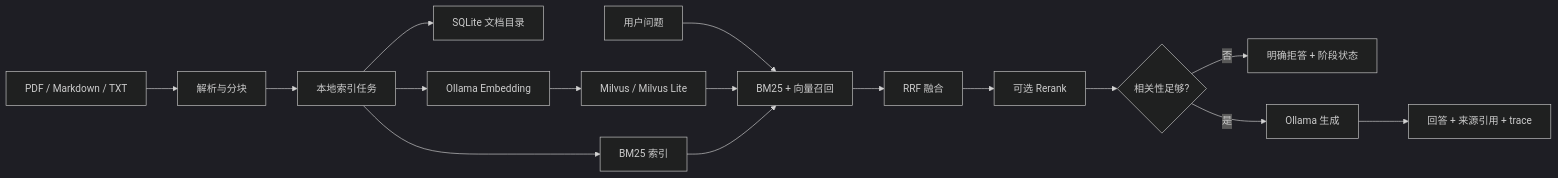
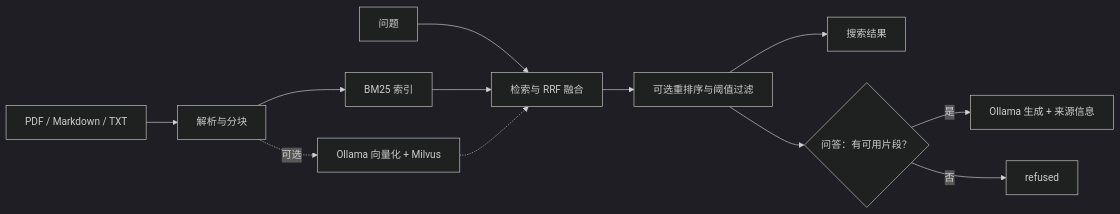
Before and after one commit to zhenkun26/Insight: the diagram in README.md, drawn with Mermaid (dark theme). The commit also changed other lines of this file and 1 other file, not shown here.

````diff
--- a/README.md
+++ b/README.md
@@ -18,18 +134,14 @@
 ```mermaid
 flowchart LR
-  A[PDF / Markdown / TXT] --> B[解析与分块]
-  B --> N[本地索引任务]
-  N --> C[SQLite 文档目录]
-  N --> D[BM25 索引]
-  N --> E[Ollama Embedding]
-  E --> F[Milvus / Milvus Lite]
-  Q[用户问题] --> G[BM25 + 向量召回]
-  F --> G
-  D --> G
-  G --> H[RRF 融合]
-  H --> I[可选 Rerank]
-  I --> R{相关性足够?}
-  R -->|否| K[明确拒答 + 阶段状态]
-  R -->|是| L[Ollama 生成]
-  L --> M[回答 + 来源引用 + trace]
+    D["PDF / Markdown / TXT"] --> P["解析与分块"]
+    P --> B["BM25 索引"]
+    P -. 可选 .-> V["Ollama 向量化 + Milvus"]
+    Q["问题"] --> R["检索与 RRF 融合"]
+    B --> R
+    V -.-> R
+    R --> K["可选重排序与阈值过滤"]
+    K --> S["搜索结果"]
+    K --> G{"问答：有可用片段？"}
+    G -->|是| A["Ollama 生成 + 来源信息"]
+    G -->|否| F["refused"]
 ```
````
